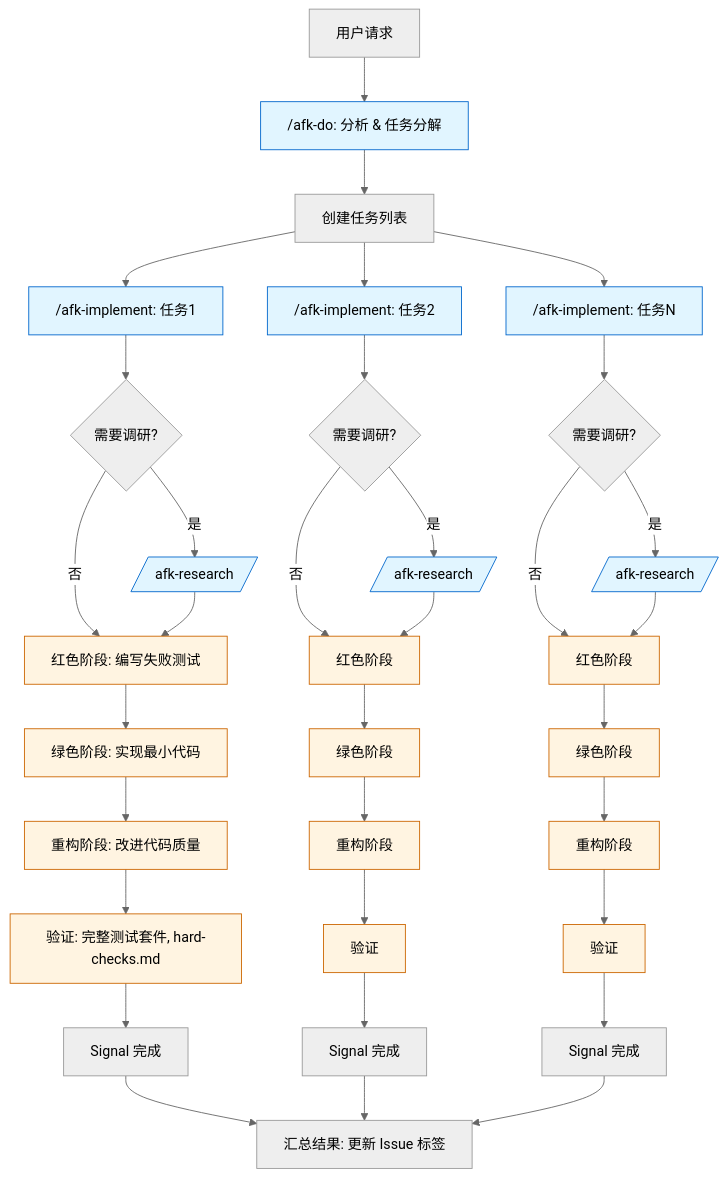
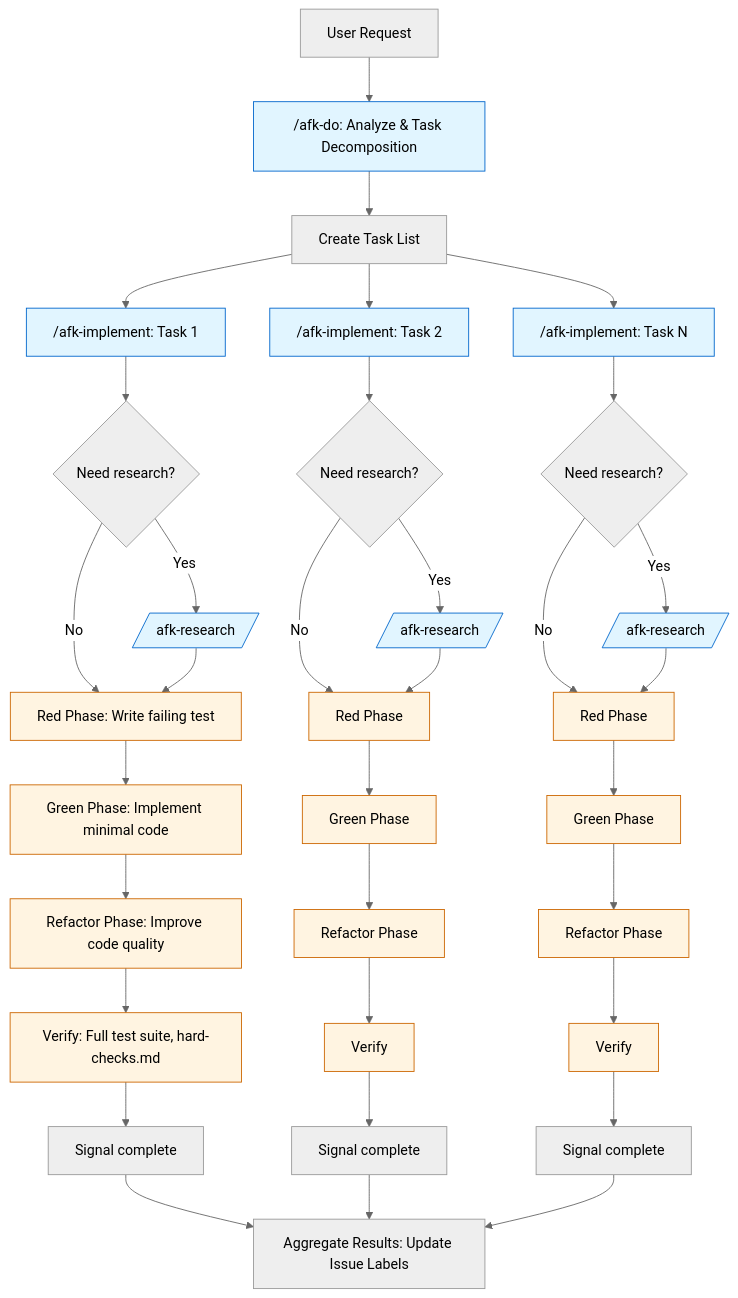
Before and after one commit to easyhaloo/afk: the fifth of 9 diagrams in docs/WORKFLOWS.md, drawn with Mermaid (neutral theme). The commit also changed other lines of this file, not shown here.

````diff
--- a/docs/WORKFLOWS.md
+++ b/docs/WORKFLOWS.md
@@ -188,46 +188,46 @@
 ```mermaid
 graph TD
-    User[用户请求] --> Do["/afk-do: 分析 & 任务分解"]
-    Do --> Tasks[创建任务列表]
+    User[User Request] --> Do["/afk-do: Analyze & Task Decomposition"]
+    Do --> Tasks[Create Task List]
 
-    Tasks --> Impl1["/afk-implement: 任务1"]
-    Tasks --> Impl2["/afk-implement: 任务2"]
-    Tasks --> Impl3["/afk-implement: 任务N"]
+    Tasks --> Impl1["/afk-implement: Task 1"]
+    Tasks --> Impl2["/afk-implement: Task 2"]
+    Tasks --> Impl3["/afk-implement: Task N"]
 
-    Impl1 --> Research1{需要调研?}
-    Research1 -->|是| Res1[/afk-research/]
-    Research1 -->|否| Red1["红色阶段: 编写失败测试"]
+    Impl1 --> Research1{Need research?}
+    Research1 -->|Yes| Res1[/afk-research/]
+    Research1 -->|No| Red1["Red Phase: Write failing test"]
     Res1 --> Red1
 
-    Red1 --> Green1["绿色阶段: 实现最小代码"]
-    Green1 --> Refactor1["重构阶段: 改进代码质量"]
-    Refactor1 --> Verify1["验证: 完整测试套件, hard-checks.md"]
-    Verify1 --> Signal1[Signal 完成]
+    Red1 --> Green1["Green Phase: Implement minimal code"]
+    Green1 --> Refactor1["Refactor Phase: Improve code quality"]
+    Refactor1 --> Verify1["Verify: Full test suite, hard-checks.md"]
+    Verify1 --> Signal1[Signal complete]
 
-    Impl2 --> Research2{需要调研?}
-    Research2 -->|是| Res2[/afk-research/]
-    Research2 -->|否| Red2[红色阶段]
+    Impl2 --> Research2{Need research?}
+    Research2 -->|Yes| Res2[/afk-research/]
+    Research2 -->|No| Red2[Red Phase]
     Res2 --> Red2
-    Red2 --> Green2[绿色阶段]
-    Green2 --> Refactor2[重构阶段]
-    Refactor2 --> Verify2[验证]
-    Verify2 --> Signal2[Signal 完成]
+    Red2 --> Green2[Green Phase]
+    Green2 --> Refactor2[Refactor Phase]
+    Refactor2 --> Verify2[Verify]
+    Verify2 --> Signal2[Signal complete]
 
-    Impl3 --> Research3{需要调研?}
-    Research3 -->|是| Res3[/afk-research/]
-    Research3 -->|否| Red3[红色阶段]
+    Impl3 --> Research3{Need research?}
+    Research3 -->|Yes| Res3[/afk-research/]
+    Research3 -->|No| Red3[Red Phase]
     Res3 --> Red3
-    Red3 --> Green3[绿色阶段]
-    Green3 --> Refactor3[重构阶段]
-    Refactor3 --> Verify3[验证]
-    Verify3 --> Signal3[Signal 完成]
+    Red3 --> Green3[Green Phase]
+    Green3 --> Refactor3[Refactor Phase]
+    Refactor3 --> Verify3[Verify]
+    Verify3 --> Signal3[Signal complete]
 
-    Signal1 --> Summary["汇总结果: 更新 Issue 标签"]
+    Signal1 --> Summary["Aggregate Results: Update Issue Labels"]
     Signal2 --> Summary
     Signal3 --> Summary
 
     classDef skill fill:#e1f5ff,stroke:#0066cc
     classDef phase fill:#fff4e1,stroke:#cc6600
     class Do,Impl1,Impl2,Impl3,Res1,Res2,Res3 skill
     class Red1,Green1,Refactor1,Verify1,Red2,Green2,Refactor2,Verify2,Red3,Green3,Refactor3,Verify3 phase
 ```
````
